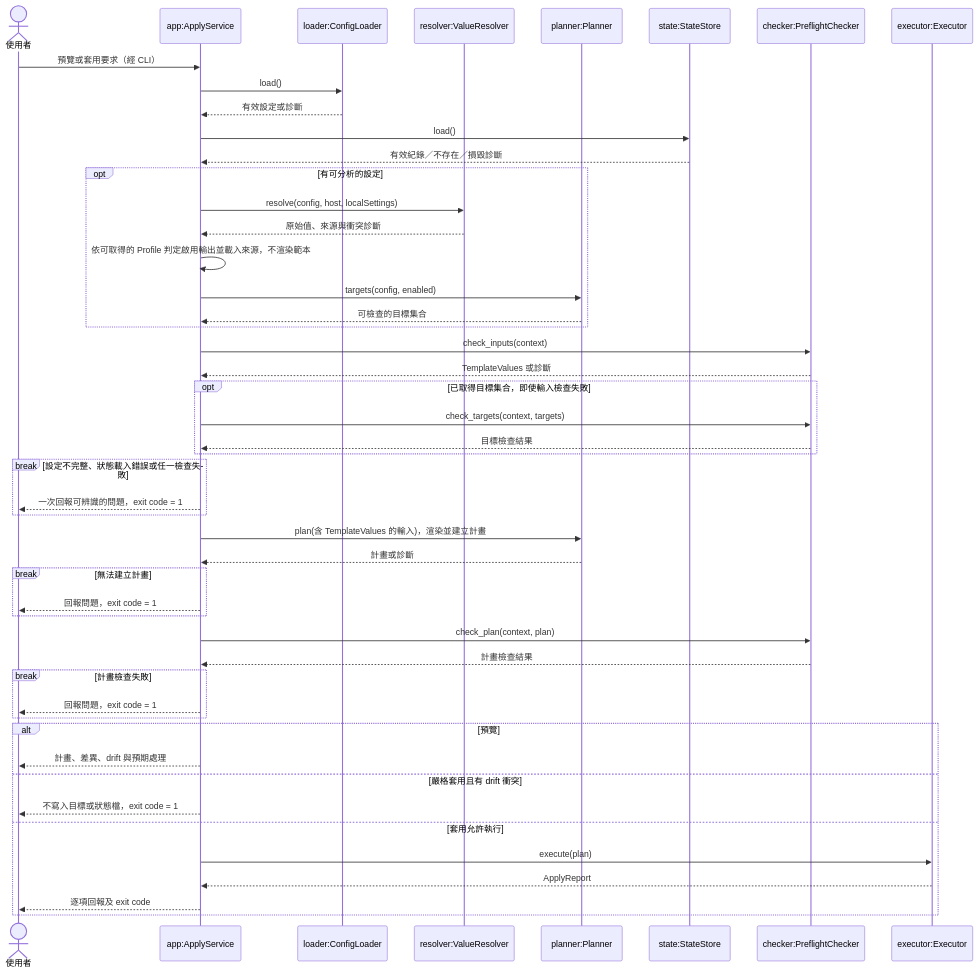
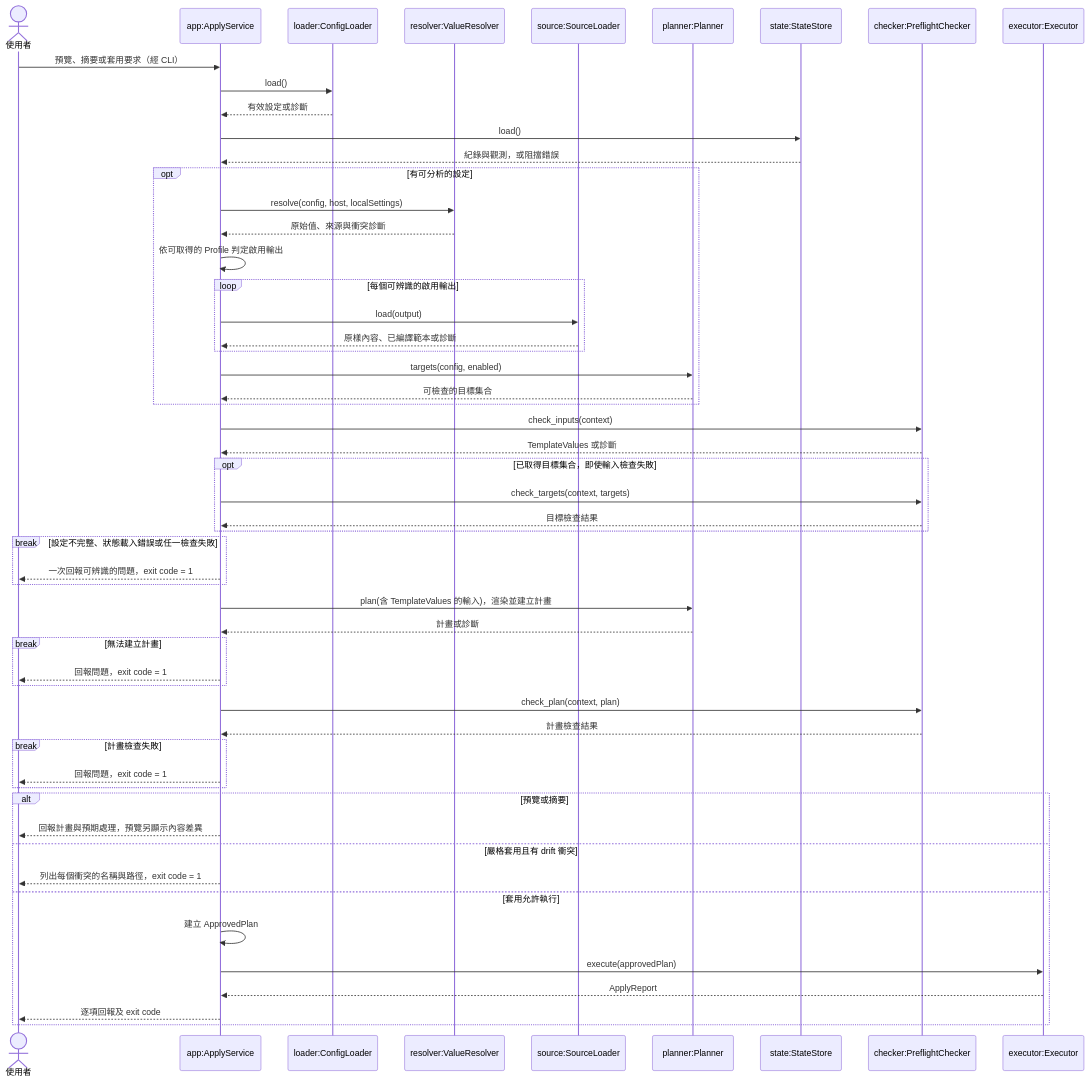
Before and after one commit to accidental-two-timer-sam-woof/rosamta-waterfall: the fifth of 10 diagrams in docs/03-preliminary-design/uml.md, drawn with Mermaid. The commit also changed other lines of this file, not shown here.

Commit message:
docs(uml): align preliminary design flows

````diff
--- a/docs/03-preliminary-design/uml.md
+++ b/docs/03-preliminary-design/uml.md
@@ -418,51 +443,57 @@
 ```mermaid
 sequenceDiagram
     actor U as 使用者
     participant A as app:ApplyService
     participant C as loader:ConfigLoader
     participant V as resolver:ValueResolver
+    participant L as source:SourceLoader
     participant P as planner:Planner
     participant S as state:StateStore
     participant K as checker:PreflightChecker
     participant E as executor:Executor
-    U->>A: 預覽或套用要求（經 CLI）
+    U->>A: 預覽、摘要或套用要求（經 CLI）
     A->>C: load()
     C-->>A: 有效設定或診斷
     A->>S: load()
-    S-->>A: 有效紀錄／不存在／損毀診斷
+    S-->>A: 紀錄與觀測，或阻擋錯誤
     opt 有可分析的設定
         A->>V: resolve(config, host, localSettings)
         V-->>A: 原始值、來源與衝突診斷
-        A->>A: 依可取得的 Profile 判定啟用輸出並載入來源，不渲染範本
+        A->>A: 依可取得的 Profile 判定啟用輸出
+        loop 每個可辨識的啟用輸出
+            A->>L: load(output)
+            L-->>A: 原樣內容、已編譯範本或診斷
+        end
         A->>P: targets(config, enabled)
         P-->>A: 可檢查的目標集合
     end
     A->>K: check_inputs(context)
     K-->>A: TemplateValues 或診斷
     opt 已取得目標集合，即使輸入檢查失敗
         A->>K: check_targets(context, targets)
         K-->>A: 目標檢查結果
     end
     break 設定不完整、狀態載入錯誤或任一檢查失敗
         A-->>U: 一次回報可辨識的問題，exit code = 1
     end
     A->>P: plan(含 TemplateValues 的輸入)，渲染並建立計畫
     P-->>A: 計畫或診斷
     break 無法建立計畫
         A-->>U: 回報問題，exit code = 1
     end
     A->>K: check_plan(context, plan)
     K-->>A: 計畫檢查結果
     break 計畫檢查失敗
         A-->>U: 回報問題，exit code = 1
     end
-    alt 預覽
-        A-->>U: 計畫、差異、drift 與預期處理
+    alt 預覽或摘要
+        A-->>U: 回報計畫與預期處理，預覽另顯示內容差異
     else 嚴格套用且有 drift 衝突
-        A-->>U: 不寫入目標或狀態檔，exit code = 1
+        A-->>U: 列出每個衝突的名稱與路徑，exit code = 1
     else 套用允許執行
-        A->>E: execute(plan)
+        A->>A: 建立 ApprovedPlan
+        A->>E: execute(approvedPlan)
         E-->>A: ApplyReport
         A-->>U: 逐項回報及 exit code
     end
 ```
````
